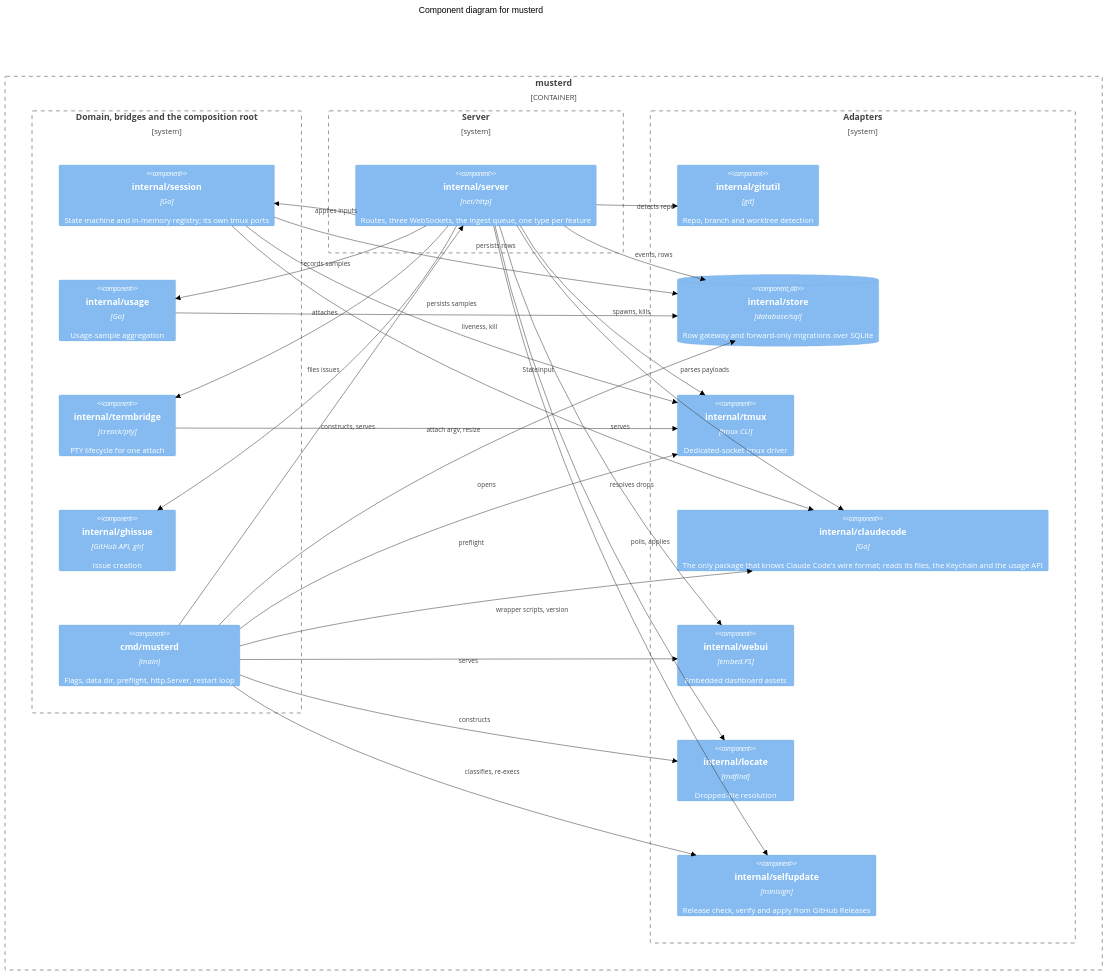
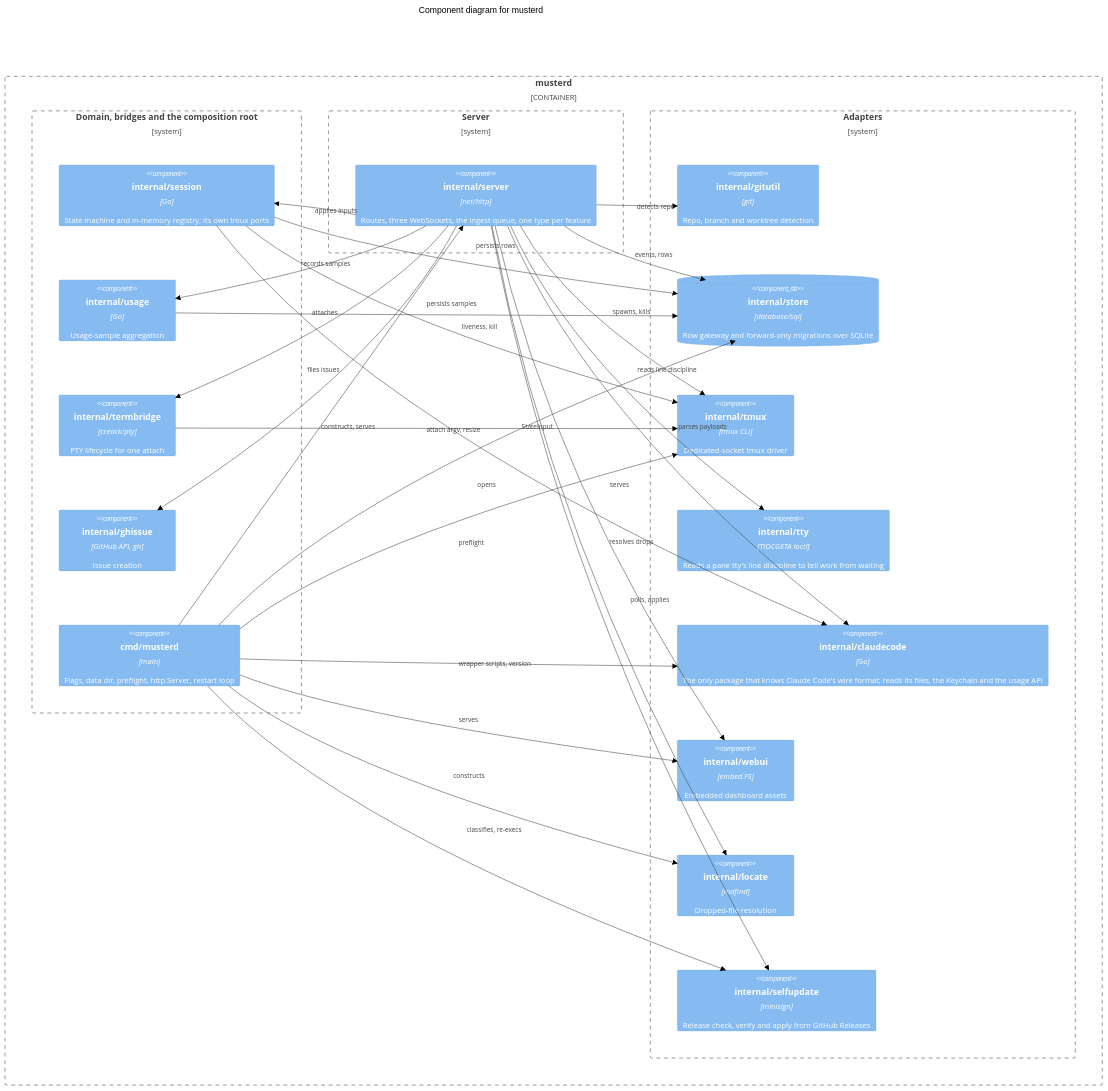
Before and after one commit to Zalaras/muster: the diagram in docs/diagrams/daemon-components.md, drawn with Mermaid (neutral theme). The commit also changed other lines of this file and 84 other files, not shown here.

````diff
--- a/docs/diagrams/daemon-components.md
+++ b/docs/diagrams/daemon-components.md
@@ -35,57 +35,59 @@
 ```mermaid
 C4Component
     title Component diagram for musterd
 
     Container_Boundary(musterd, "musterd") {
         Boundary(root, "Domain, bridges and the composition root") {
             Component(session, "internal/session", "Go", "State machine and in-memory registry; its own tmux ports")
             Component(usage, "internal/usage", "Go", "Usage-sample aggregation")
             Component(bridge, "internal/termbridge", "creack/pty", "PTY lifecycle for one attach")
             Component(ghissue, "internal/ghissue", "GitHub API, gh", "Issue creation")
             Component(cmd, "cmd/musterd", "main", "Flags, data dir, preflight, http.Server, restart loop")
         }
         Boundary(srv, "Server") {
             Component(server, "internal/server", "net/http", "Routes, three WebSockets, the ingest queue, one type per feature")
         }
         Boundary(adapters, "Adapters") {
             Component(gitutil, "internal/gitutil", "git", "Repo, branch and worktree detection")
             ComponentDb(store, "internal/store", "database/sql", "Row gateway and forward-only migrations over SQLite")
             Component(tmuxpkg, "internal/tmux", "tmux CLI", "Dedicated-socket tmux driver")
+            Component(ttypkg, "internal/tty", "TIOCGETA ioctl", "Reads a pane tty's line discipline to tell work from waiting")
             Component(cc, "internal/claudecode", "Go", "The only package that knows Claude Code's wire format; reads its files, the Keychain and the usage API")
             Component(webui, "internal/webui", "embed.FS", "Embedded dashboard assets")
             Component(locate, "internal/locate", "mdfind", "Dropped-file resolution")
             Component(selfupd, "internal/selfupdate", "minisign", "Release check, verify and apply from GitHub Releases")
         }
     }
 
     Rel(cmd, server, "constructs, serves")
     Rel(cmd, store, "opens")
     Rel(cmd, tmuxpkg, "preflight")
     Rel(cmd, cc, "wrapper scripts, version")
     Rel(cmd, webui, "serves")
     Rel(cmd, locate, "constructs")
     Rel(cmd, selfupd, "classifies, re-execs")
 
     Rel(server, session, "applies inputs")
     Rel(server, usage, "records samples")
     Rel(server, bridge, "attaches")
     Rel(server, ghissue, "files issues")
     Rel(server, gitutil, "detects repo")
     Rel(server, store, "events, rows")
     Rel(server, tmuxpkg, "spawns, kills")
+    Rel(server, ttypkg, "reads line discipline")
     Rel(server, cc, "parses payloads")
     Rel(server, webui, "serves")
     Rel(server, locate, "resolves drops")
     Rel(server, selfupd, "polls, applies")
 
     Rel(session, store, "persists rows")
     Rel(session, tmuxpkg, "liveness, kill")
     Rel(session, cc, "StateInput")
     Rel(usage, store, "persists samples")
     Rel(bridge, tmuxpkg, "attach argv, resize")
 
     UpdateRelStyle(usage, store, $offsetY="-22")
     UpdateRelStyle(session, tmuxpkg, $offsetY="20")
     UpdateRelStyle(session, store, $offsetY="-20")
     UpdateLayoutConfig($c4ShapeInRow="1", $c4BoundaryInRow="3")
 ```
````
